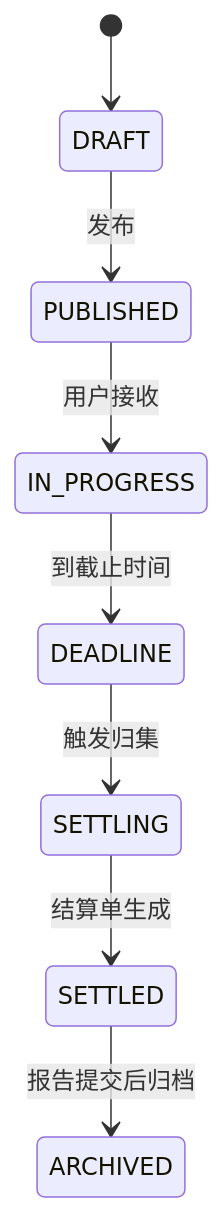
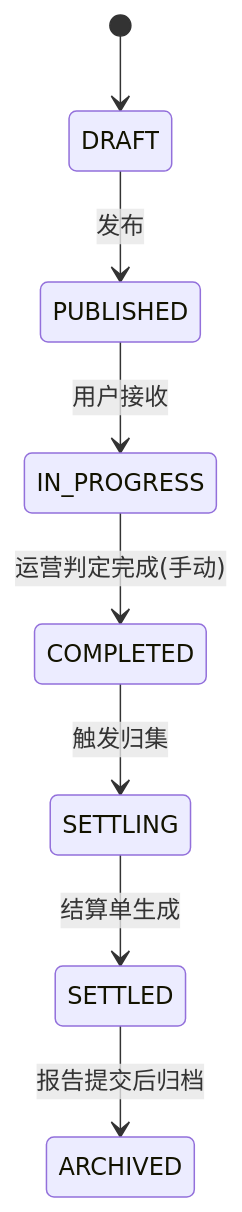
One commit to Echo-Note/FastapiAdmin changed the third of 10 diagrams in docs/03-流程与状态流转.md. Above: the diagram before and after it, drawn with Mermaid. The commit also changed other lines of this file and 2 other files, not shown here.

````diff
--- a/docs/03-流程与状态流转.md
+++ b/docs/03-流程与状态流转.md
@@ -88,10 +94,10 @@
 ```mermaid
 stateDiagram-v2
     [*] --> DRAFT
     DRAFT --> PUBLISHED: 发布
     PUBLISHED --> IN_PROGRESS: 用户接收
-    IN_PROGRESS --> DEADLINE: 到截止时间
-    DEADLINE --> SETTLING: 触发归集
+    IN_PROGRESS --> COMPLETED: 运营判定完成(手动)
+    COMPLETED --> SETTLING: 触发归集
     SETTLING --> SETTLED: 结算单生成
     SETTLED --> ARCHIVED: 报告提交后归档
 ```
````
